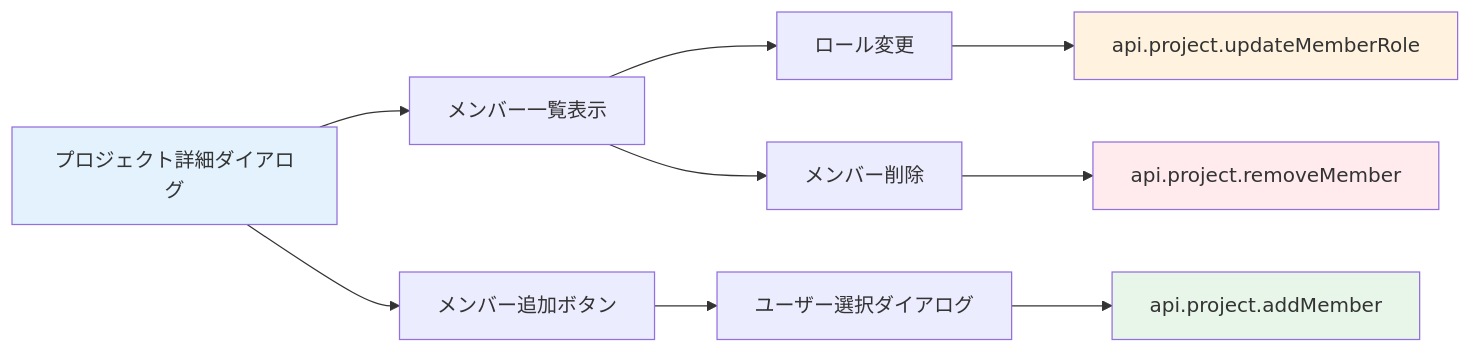
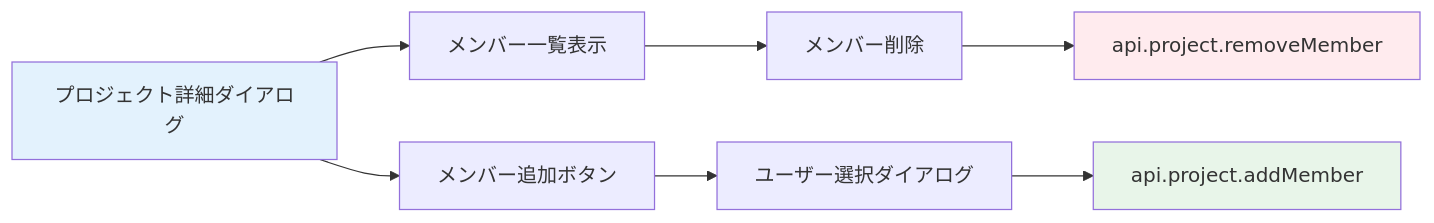
Before and after one commit to kouiso/task-app: the diagram in material/30days-curriculum/day12_メンバー追加.md, drawn with Mermaid. The commit also changed other lines of this file and 19 other files, not shown here.

````diff
--- a/material/30days-curriculum/day12_メンバー追加.md
+++ b/material/30days-curriculum/day12_メンバー追加.md
@@ -17,16 +17,13 @@
 ```mermaid
 graph LR
     A[プロジェクト詳細ダイアログ] --> B[メンバー一覧表示]
     A --> C[メンバー追加ボタン]
     C --> D[ユーザー選択ダイアログ]
     D --> E[api.project.addMember]
-    B --> F[ロール変更]
-    F --> G[api.project.updateMemberRole]
-    B --> H[メンバー削除]
-    H --> I[api.project.removeMember]
+    B --> F[メンバー削除]
+    F --> G[api.project.removeMember]
 
     style A fill:#e3f2fd
     style E fill:#e8f5e9
-    style G fill:#fff3e0
-    style I fill:#ffebee
+    style G fill:#ffebee
 ```
````
